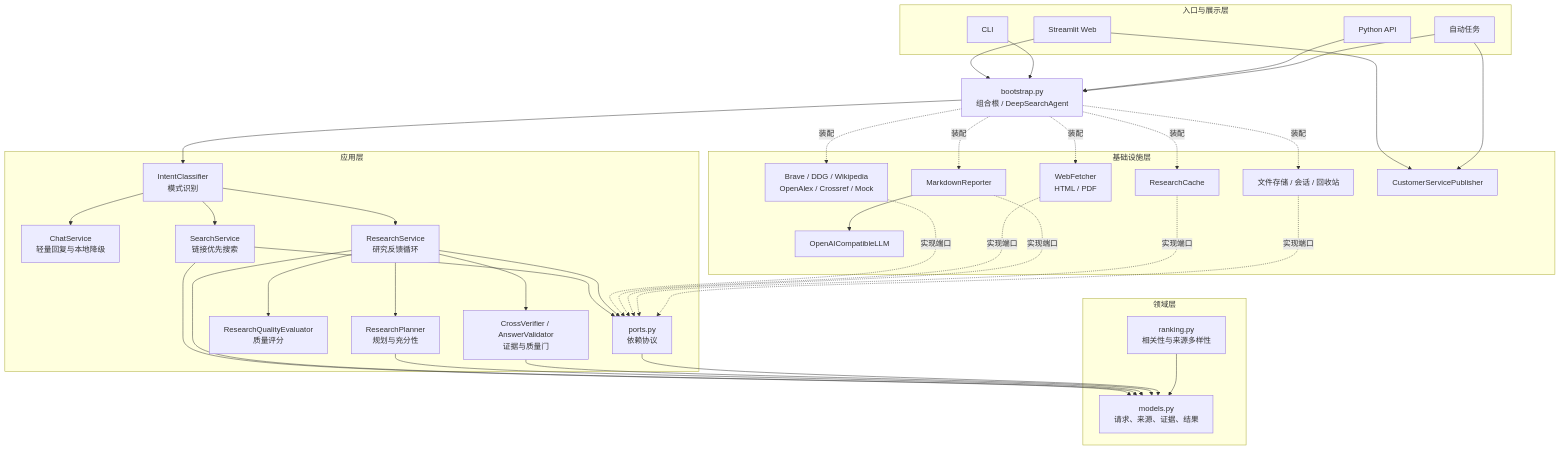
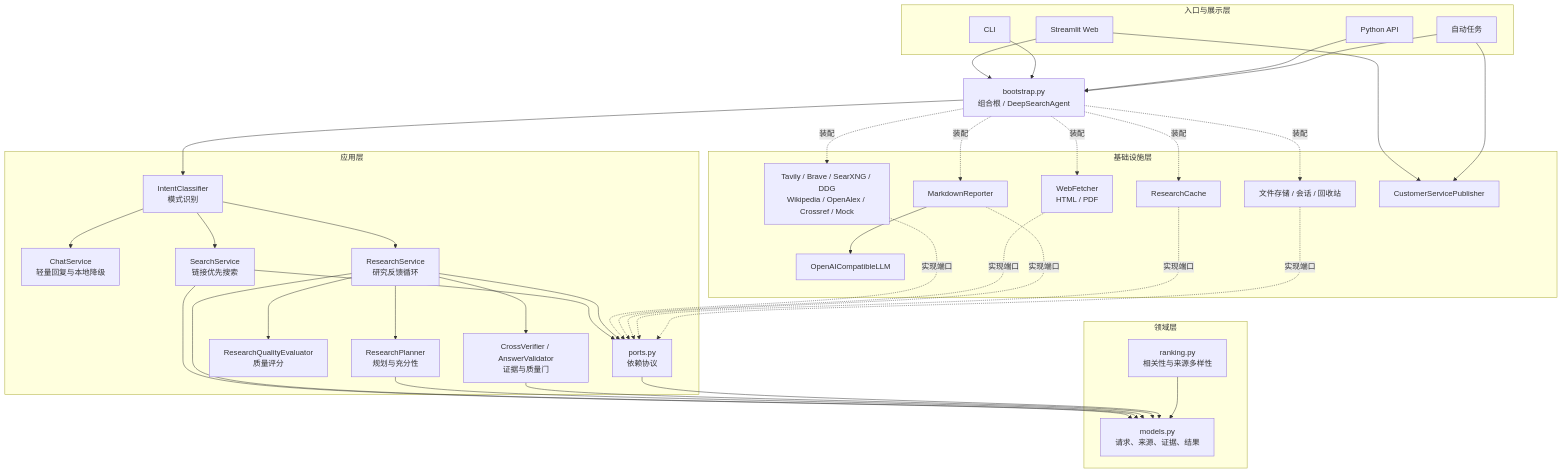
The second of 5 diagrams in README.md (AllSuoHa/DeepSearch), drawn with Mermaid before and after one commit. The commit also changed other lines of this file and 48 other files, not shown here.

````diff
--- a/README.md
+++ b/README.md
@@ -222,70 +230,70 @@
 ```mermaid
 flowchart TB
     subgraph Entry[入口与展示层]
         WEB[Streamlit Web]
         CLI[CLI]
         API[Python API]
         JOB[自动任务]
     end
 
     BOOT[bootstrap.py<br/>组合根 / DeepSearchAgent]
 
     subgraph Application[应用层]
         ROUTER[IntentClassifier<br/>模式识别]
         CHAT[ChatService<br/>轻量回复与本地降级]
         SEARCH[SearchService<br/>链接优先搜索]
         RESEARCH[ResearchService<br/>研究反馈循环]
         PLAN[ResearchPlanner<br/>规划与充分性]
         VERIFY[CrossVerifier / AnswerValidator<br/>证据与质量门]
         SCORE[ResearchQualityEvaluator<br/>质量评分]
         PORTS[ports.py<br/>依赖协议]
     end
 
     subgraph Domain[领域层]
         MODELS[models.py<br/>请求、来源、证据、结果]
         RANK[ranking.py<br/>相关性与来源多样性]
     end
 
     subgraph Infrastructure[基础设施层]
-        PROVIDERS[Brave / DDG / Wikipedia<br/>OpenAlex / Crossref / Mock]
+        PROVIDERS[Tavily / Brave / SearXNG / DDG<br/>Wikipedia / OpenAlex / Crossref / Mock]
         FETCH[WebFetcher<br/>HTML / PDF]
         LLM[OpenAICompatibleLLM]
         REPORT[MarkdownReporter]
         CACHE[ResearchCache]
         STORE[文件存储 / 会话 / 回收站]
         DELIVERY[CustomerServicePublisher]
     end
 
     WEB --> BOOT
     CLI --> BOOT
     API --> BOOT
     JOB --> BOOT
     BOOT --> ROUTER
     ROUTER --> CHAT
     ROUTER --> SEARCH
     ROUTER --> RESEARCH
     RESEARCH --> PLAN
     RESEARCH --> VERIFY
     RESEARCH --> SCORE
     SEARCH --> MODELS
     SEARCH --> PORTS
     RESEARCH --> MODELS
     PLAN --> MODELS
     VERIFY --> MODELS
     RESEARCH --> PORTS
     PORTS --> MODELS
     RANK --> MODELS
     BOOT -. 装配 .-> PROVIDERS
     BOOT -. 装配 .-> FETCH
     BOOT -. 装配 .-> REPORT
     BOOT -. 装配 .-> CACHE
     BOOT -. 装配 .-> STORE
     PROVIDERS -. 实现端口 .-> PORTS
     FETCH -. 实现端口 .-> PORTS
     REPORT -. 实现端口 .-> PORTS
     CACHE -. 实现端口 .-> PORTS
     STORE -. 实现端口 .-> PORTS
     REPORT --> LLM
     WEB --> DELIVERY
     JOB --> DELIVERY
 ```
````
